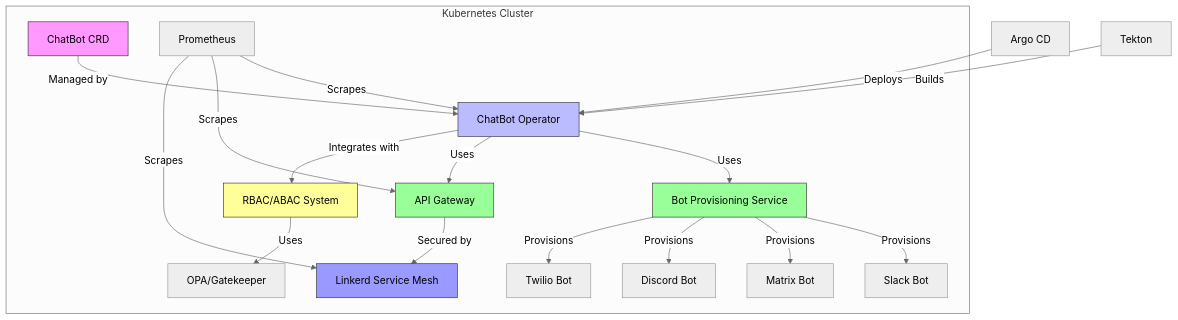
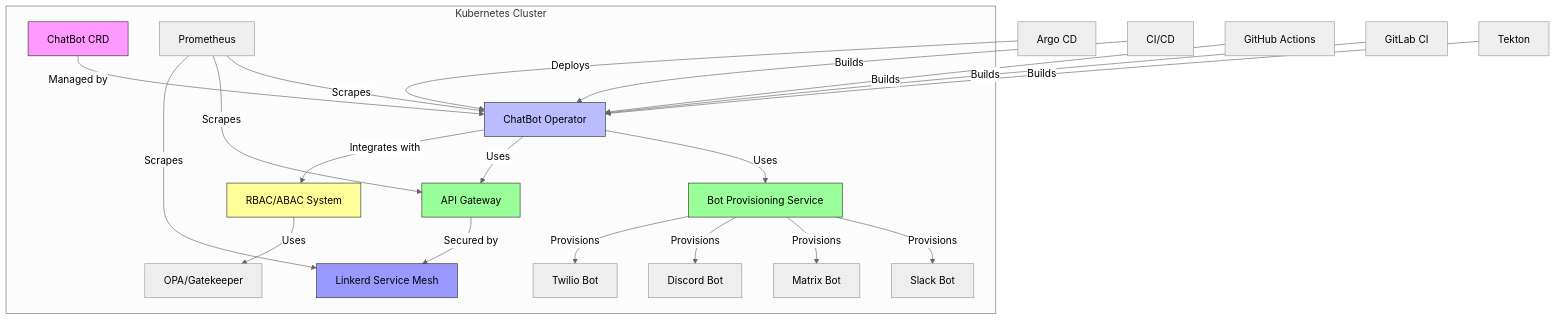
The second of 17 diagrams in docs/diagrams.md (FruityWelsh/bot-maker), drawn with Mermaid (neutral theme) before and after one commit. The commit also changed other lines of this file and 2 other files, not shown here.

First line of the commit message:
fix(docs): clarify Tekton is one of several CI/CD options, not the only option

````diff
--- a/docs/diagrams.md
+++ b/docs/diagrams.md
@@ -79,31 +79,34 @@
 ```mermaid
 graph TD
     subgraph Kubernetes Cluster
         A[ChatBot CRD] -->|Managed by| B[ChatBot Operator]
         B -->|Uses| C[Bot Provisioning Service]
         B -->|Uses| D[API Gateway]
         B -->|Integrates with| E[RBAC/ABAC System]
         
         C -->|Provisions| F[Slack Bot]
         C -->|Provisions| G[Matrix Bot]
         C -->|Provisions| H[Discord Bot]
         C -->|Provisions| I[Twilio Bot]
         
         D -->|Secured by| J[Linkerd Service Mesh]
         E -->|Uses| K[OPA/Gatekeeper]
         
         L[Prometheus] -->|Scrapes| B
         L -->|Scrapes| D
         L -->|Scrapes| J
     end
     
     M[Argo CD] -->|Deploys| B
-    N[Tekton] -->|Builds| B
+    N[CI/CD] -->|Builds| B
+    O[GitHub Actions] -->|Builds| B
+    P[GitLab CI] -->|Builds| B
+    Q[Tekton] -->|Builds| B
     
     style A fill:#f9f,stroke:#333
     style B fill:#bbf,stroke:#333
     style C fill:#9f9,stroke:#333
     style D fill:#9f9,stroke:#333
     style E fill:#ff9,stroke:#333
     style J fill:#99f,stroke:#333
 ```
````
